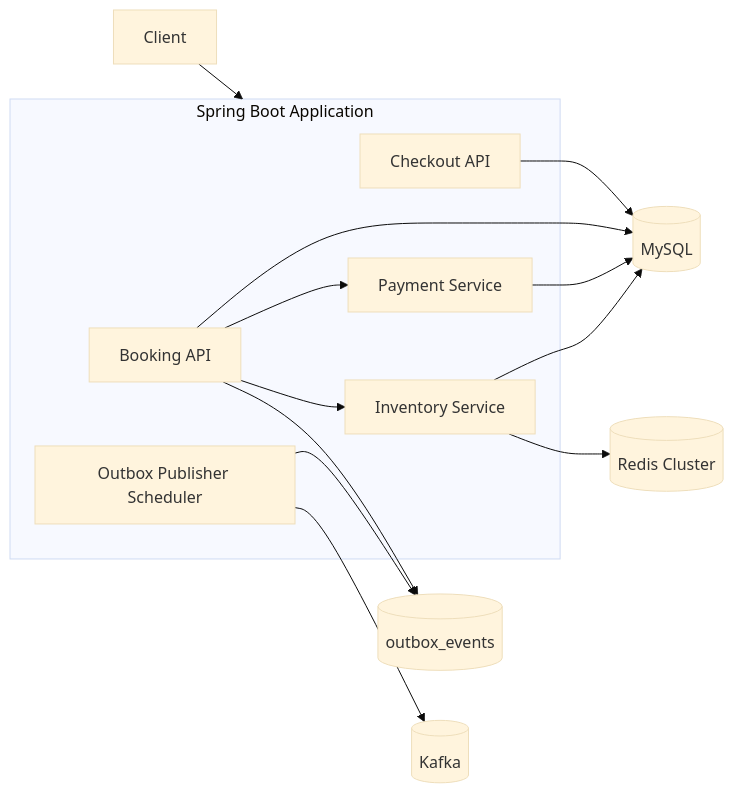
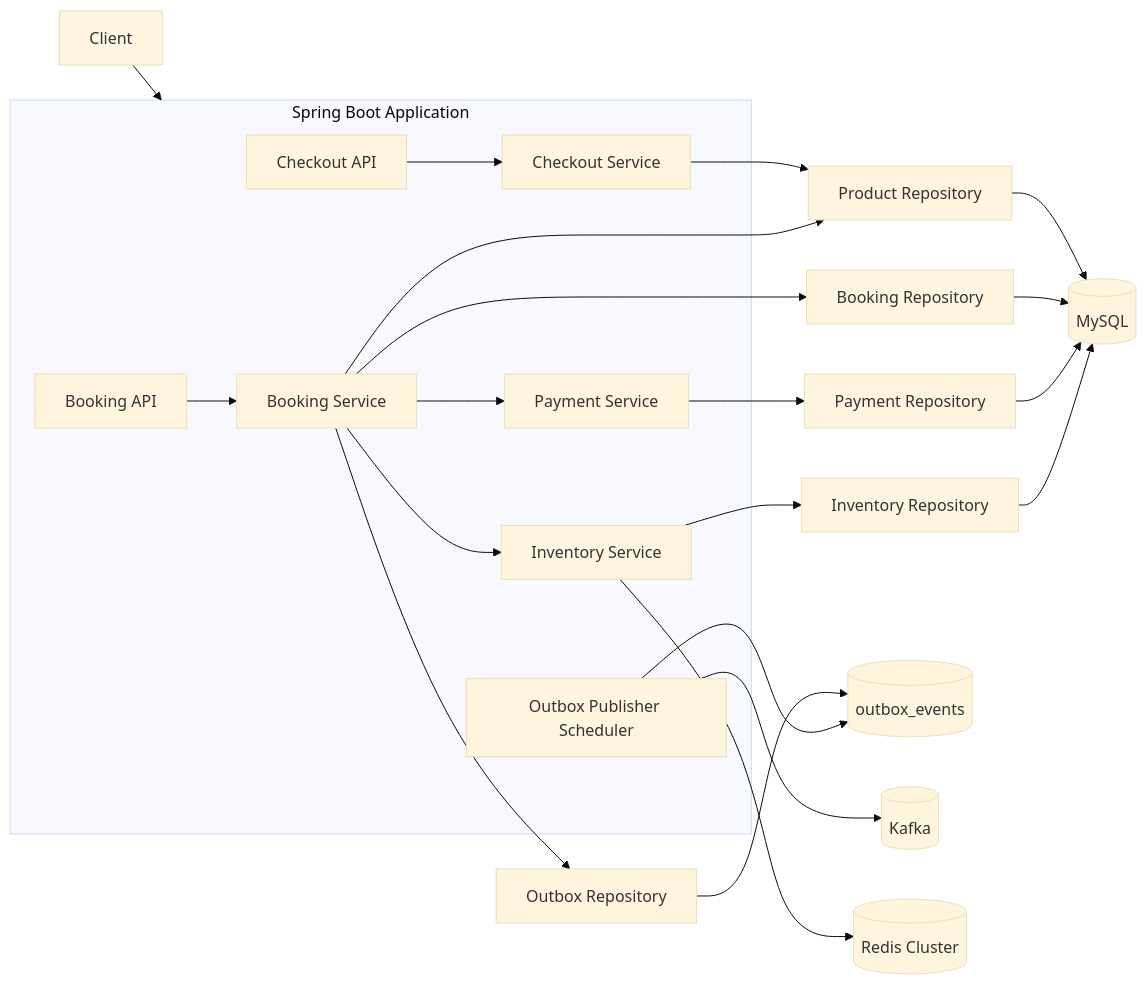
Before and after one commit to mosy2266/limited_reservation_system: the first of 3 diagrams in README.md, drawn with Mermaid (base theme). The commit also changed other lines of this file, not shown here.

Commit message:
docs: README.md 내 시스템 아키텍처 오류 수정 및 시퀀스 다이어그램 분기 개수 조정 (#5)

````diff
--- a/README.md
+++ b/README.md
@@ -11,23 +11,34 @@
 ```mermaid
 flowchart LR
     Client[Client] --> App[Spring Boot Application]
 
     subgraph App[Spring Boot Application]
-        Checkout[Checkout API]
-        Booking[Booking API]
-        Payment[Payment Service]
-        Inventory[Inventory Service]
+        CheckoutApi[Checkout API]
+        BookingApi[Booking API]
+        CheckoutService[Checkout Service]
+        BookingService[Booking Service]
+        PaymentService[Payment Service]
+        InventoryService[Inventory Service]
         OutboxPublisher[Outbox Publisher Scheduler]
     end
 
-    Checkout --> MySQL[(MySQL)]
-    Booking --> Payment
-    Booking --> Inventory
-    Booking --> MySQL
-    Payment --> MySQL
-    Booking --> OutboxTable[(outbox_events)]
+    CheckoutApi --> CheckoutService
+    BookingApi --> BookingService
+    CheckoutService --> ProductRepo[Product Repository]
+    BookingService --> ProductRepo
+    BookingService --> BookingRepo[Booking Repository]
+    BookingService --> PaymentService
+    BookingService --> InventoryService
+    BookingService --> OutboxRepo[Outbox Repository]
+    PaymentService --> PaymentRepo[Payment Repository]
+    InventoryService --> InventoryRepo[Inventory Repository]
+
+    ProductRepo --> MySQL[(MySQL)]
+    BookingRepo --> MySQL
+    PaymentRepo --> MySQL
+    InventoryRepo --> MySQL
+    OutboxRepo --> OutboxTable[(outbox_events)]
     OutboxPublisher --> OutboxTable
     OutboxPublisher --> Kafka[(Kafka)]
-    Inventory --> Redis[(Redis Cluster)]
-    Inventory --> MySQL
+    InventoryService --> Redis[(Redis Cluster)]
 ```
````
